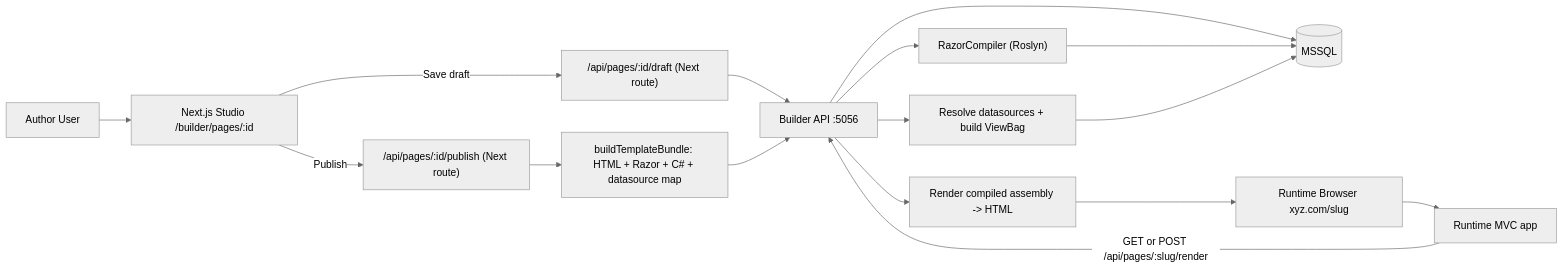
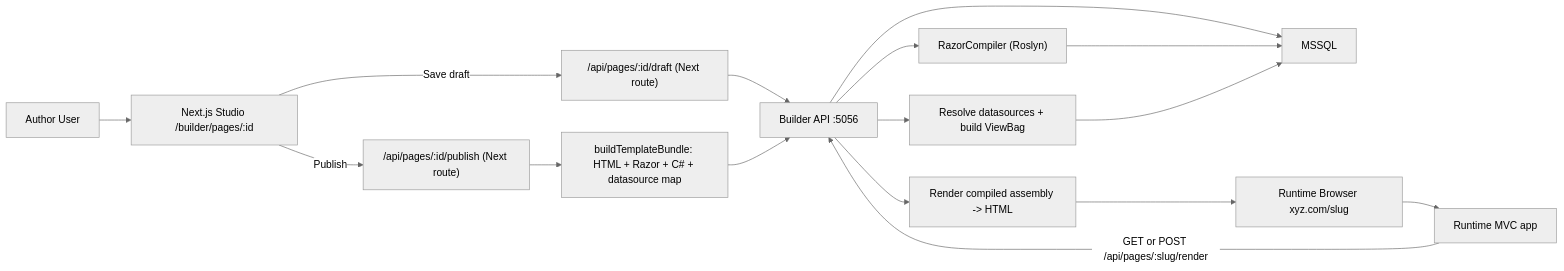
One commit to imran04/puck-based changed the third of 10 diagrams in FEATURES.md. Above: the diagram before and after it, drawn with Mermaid (neutral theme). The commit also changed other lines of this file and 27 other files, not shown here.

Commit message:
feat: add admin auth, aspire apphost orchestration, and updated architecture docs

````diff
--- a/FEATURES.md
+++ b/FEATURES.md
@@ -25,20 +63,20 @@
 ```mermaid
 flowchart LR
     U["Author User"] --> S["Next.js Studio /builder/pages/:id"]
     S -->|"Save draft"| N1["/api/pages/:id/draft (Next route)"]
     N1 --> B["Builder API :5056"]
-    B --> DB[("MSSQL")]
+    B --> DB["MSSQL"]
 
     S -->|"Publish"| N2["/api/pages/:id/publish (Next route)"]
     N2 --> T["buildTemplateBundle: HTML + Razor + C# + datasource map"]
     T --> B
     B --> C["RazorCompiler (Roslyn)"]
     C --> DB
 
     R["Runtime Browser xyz.com/slug"] --> M["Runtime MVC app"]
     M -->|"GET or POST /api/pages/:slug/render"| B
     B --> Q["Resolve datasources + build ViewBag"]
     Q --> DB
     B --> H["Render compiled assembly -> HTML"]
     H --> R
 ```
````
